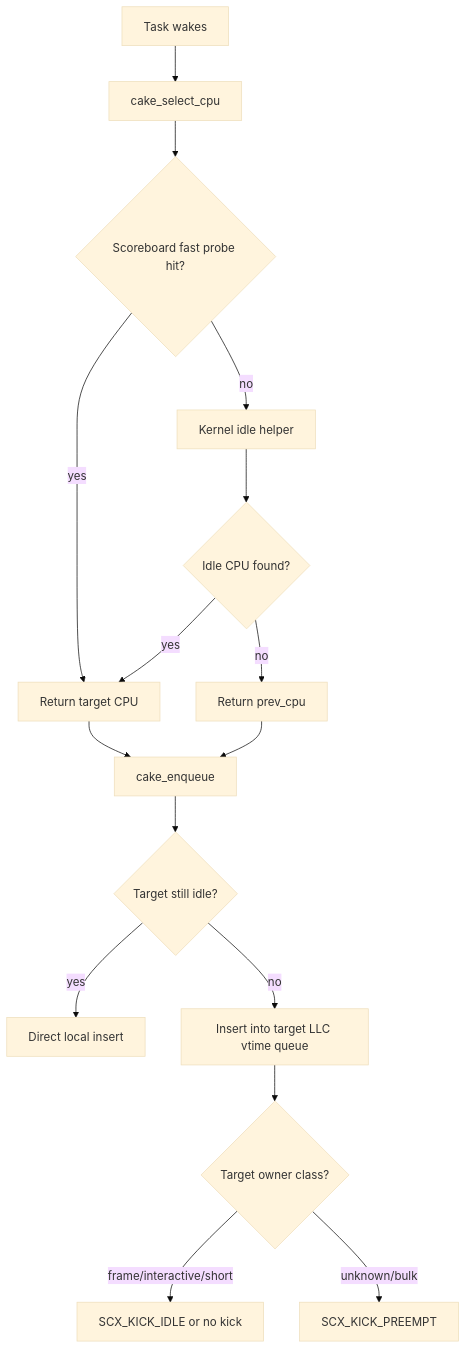
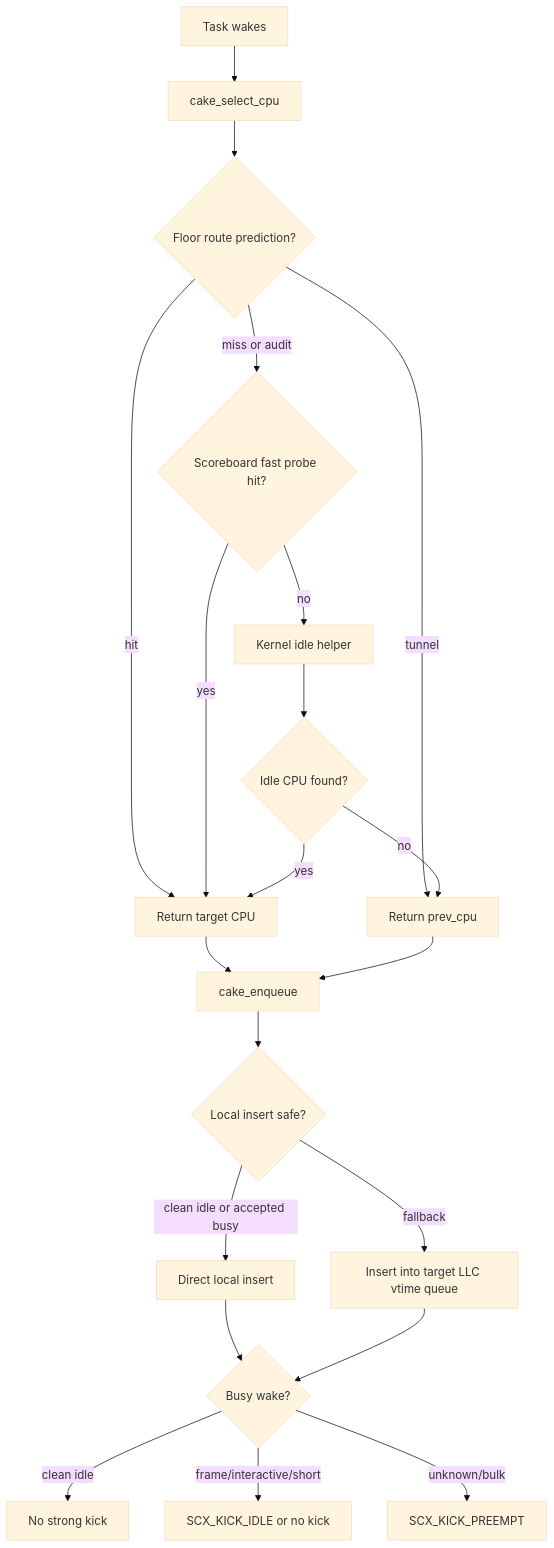
One commit to RitzDaCat/scx changed the first of 2 diagrams in scheds/rust/scx_cake/README.md. Above: the diagram before and after it, drawn with Mermaid (base theme). The commit also changed other lines of this file and 18 other files, not shown here.

````diff
--- a/scheds/rust/scx_cake/README.md
+++ b/scheds/rust/scx_cake/README.md
@@ -221,18 +285,23 @@
 ```mermaid
 flowchart TD
     W[Task wakes] --> SC[cake_select_cpu]
-    SC --> FP{Scoreboard fast probe hit?}
+    SC --> RP{Floor route prediction?}
+    RP -->|hit| C[Return target CPU]
+    RP -->|tunnel| P[Return prev_cpu]
+    RP -->|miss or audit| FP{Scoreboard fast probe hit?}
     FP -->|yes| C[Return target CPU]
     FP -->|no| KI[Kernel idle helper]
     KI --> I{Idle CPU found?}
     I -->|yes| C
     I -->|no| P[Return prev_cpu]
     C --> E[cake_enqueue]
     P --> E
-    E --> D{Target still idle?}
-    D -->|yes| L[Direct local insert]
-    D -->|no| Q[Insert into target LLC vtime queue]
-    Q --> B{Target owner class?}
+    E --> D{Local insert safe?}
+    D -->|clean idle or accepted busy| L[Direct local insert]
+    D -->|fallback| Q[Insert into target LLC vtime queue]
+    L --> B{Busy wake?}
+    Q --> B
+    B -->|clean idle| NK[No strong kick]
     B -->|frame/interactive/short| KIDLE[SCX_KICK_IDLE or no kick]
     B -->|unknown/bulk| KP[SCX_KICK_PREEMPT]
 ```
````
